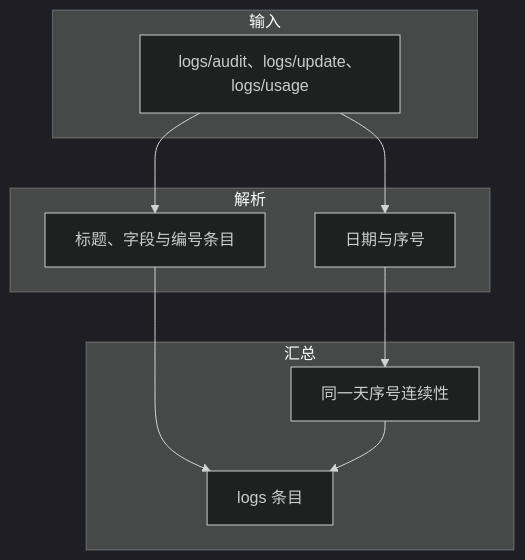
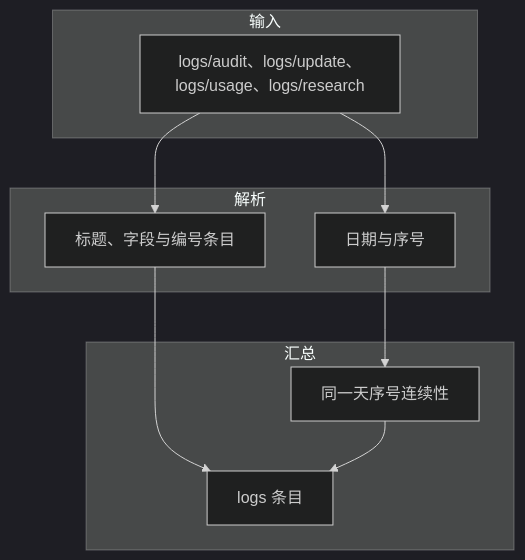
The first of 2 diagrams in .coder/design/module-0004.md (Cangjier/coder), drawn with Mermaid (dark theme) before and after one commit. The commit also changed other lines of this file and 13 other files, not shown here.

Commit message:
feat: 增加竞品调研日志 logs/research

````diff
--- a/.coder/design/module-0004.md
+++ b/.coder/design/module-0004.md
@@ -4,19 +4,19 @@
 ```mermaid
 flowchart TB
   subgraph 输入
-    files["logs/audit、logs/update、logs/usage"]
+    files["logs/audit、logs/update、logs/usage、logs/research"]
   end
   subgraph 解析
     meta["日期与序号"]
     content["标题、字段与编号条目"]
   end
   subgraph 汇总
     order["同一天序号连续性"]
     logs["logs 条目"]
   end
   files --> meta
   files --> content
   meta --> order
   content --> logs
   order --> logs
 ```
````
